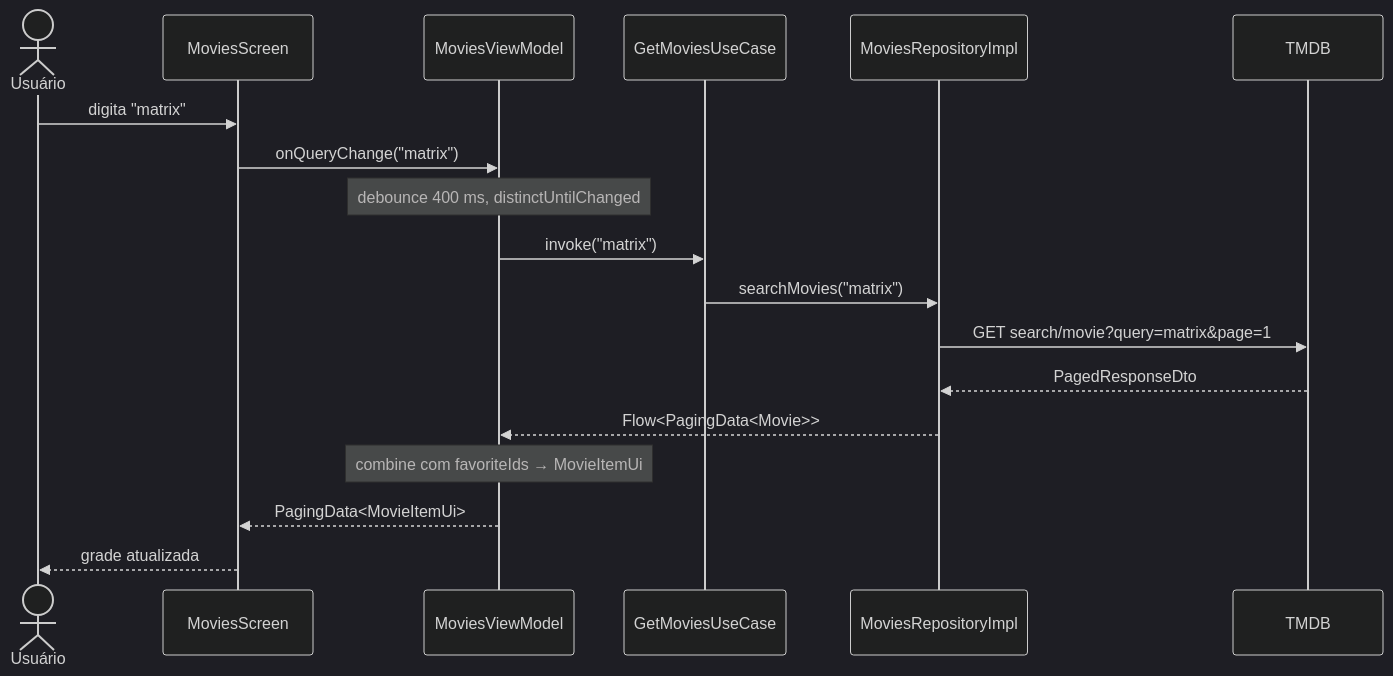
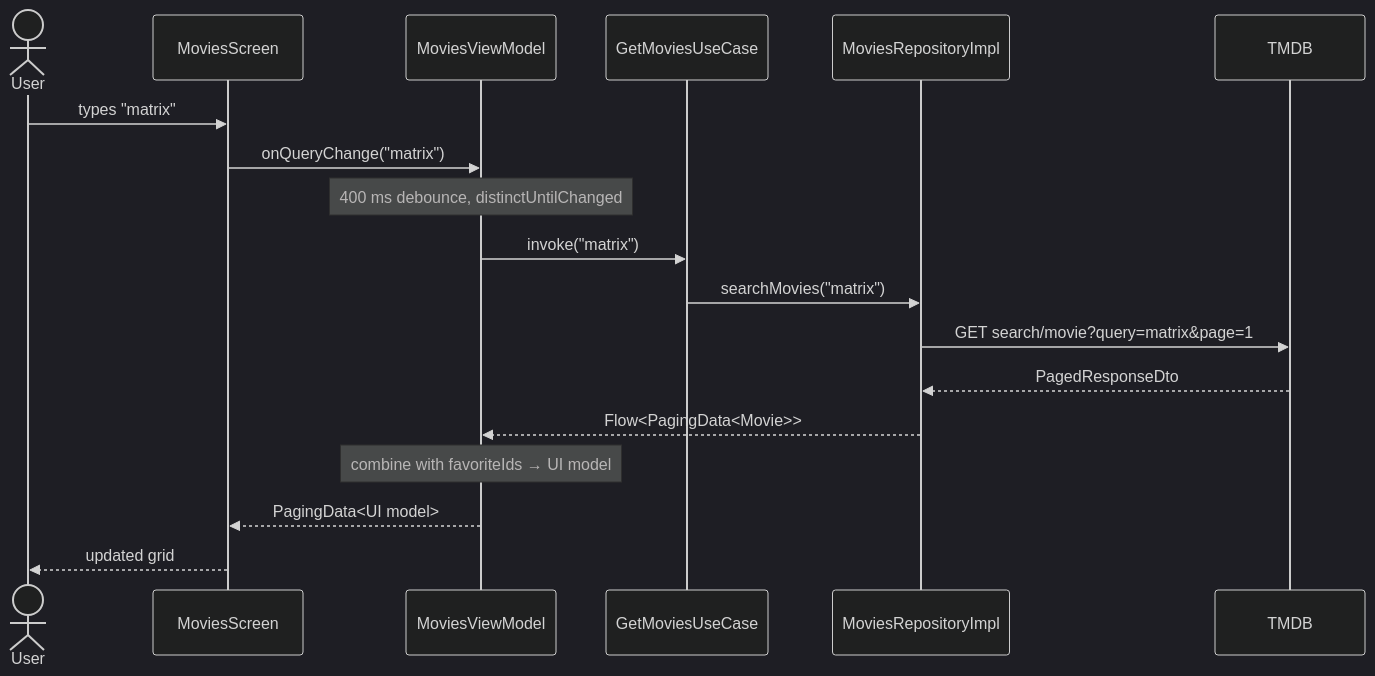
One commit to FilipeSilva18/my-favorite-film-android changed the second of 3 diagrams in ARCHITECTURE.md. Above: the diagram before and after it, drawn with Mermaid (dark theme). The commit also changed other lines of this file and 51 other files, not shown here.

````diff
--- a/ARCHITECTURE.md
+++ b/ARCHITECTURE.md
@@ -1249,21 +1200,21 @@
 ```mermaid
 sequenceDiagram
-    actor U as Usuário
+    actor U as User
     participant S as MoviesScreen
     participant VM as MoviesViewModel
     participant UC as GetMoviesUseCase
     participant R as MoviesRepositoryImpl
     participant API as TMDB
 
-    U->>S: digita "matrix"
+    U->>S: types "matrix"
     S->>VM: onQueryChange("matrix")
-    Note over VM: debounce 400 ms, distinctUntilChanged
+    Note over VM: 400 ms debounce, distinctUntilChanged
     VM->>UC: invoke("matrix")
     UC->>R: searchMovies("matrix")
     R->>API: GET search/movie?query=matrix&page=1
     API-->>R: PagedResponseDto
     R-->>VM: Flow<PagingData<Movie>>
-    Note over VM: combine com favoriteIds → MovieItemUi
-    VM-->>S: PagingData<MovieItemUi>
-    S-->>U: grade atualizada
+    Note over VM: combine with favoriteIds → UI model
+    VM-->>S: PagingData<UI model>
+    S-->>U: updated grid
 ```
````
